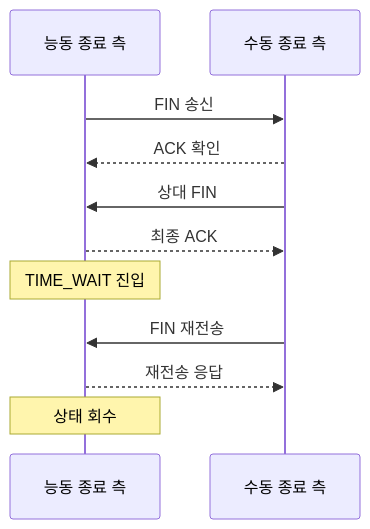
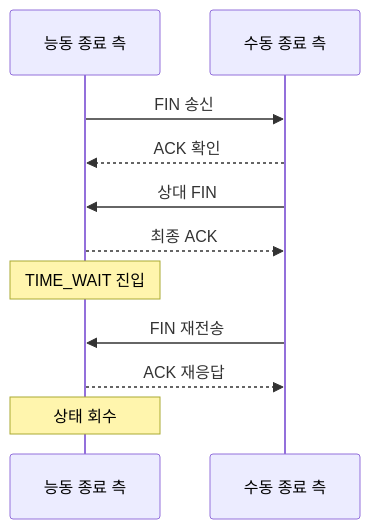
The second of 2 diagrams in src/content/docs/notes/04-network/030_time_wait_state.md (agnusdei1207/knowledge-base), drawn with Mermaid before and after one commit. The commit also changed other lines of this file and 7 other files, not shown here.

````diff
--- a/src/content/docs/notes/04-network/030_time_wait_state.md
+++ b/src/content/docs/notes/04-network/030_time_wait_state.md
@@ -86,13 +86,13 @@
 ```mermaid
 sequenceDiagram
     participant A as 능동 종료 측
     participant P as 수동 종료 측
     A->>P: FIN 송신
     P-->>A: ACK 확인
     P->>A: 상대 FIN
     A-->>P: 최종 ACK
     Note over A: TIME_WAIT 진입
     P->>A: FIN 재전송
-    A-->>P: 재전송 응답
+    A-->>P: ACK 재응답
     Note over A: 상태 회수
 ```
````
